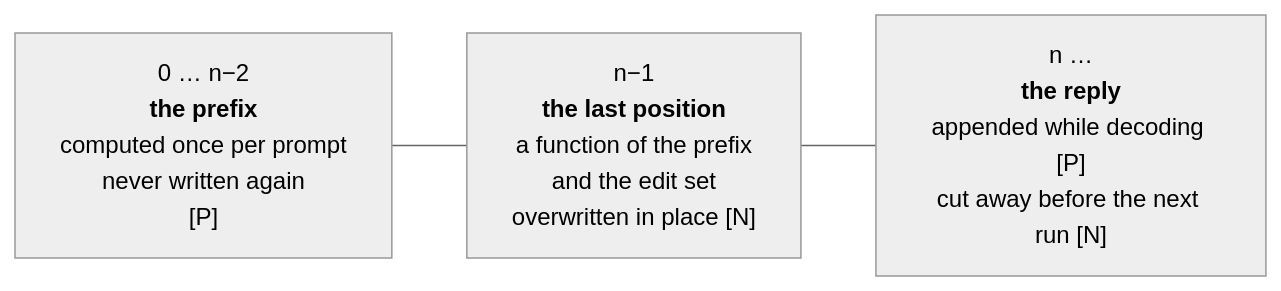
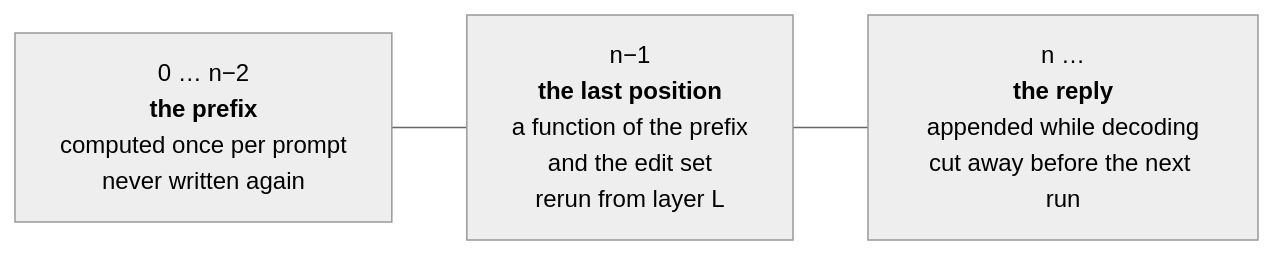
Before and after one commit to plainsight-systems/frizzle: the second of 4 diagrams in docs/architecture/logical-overview.md, drawn with Mermaid (neutral theme). The commit also changed other lines of this file, not shown here.

````diff
--- a/docs/architecture/logical-overview.md
+++ b/docs/architecture/logical-overview.md
@@ -70,7 +70,7 @@
 ```mermaid
 flowchart LR
-  P["0 … n−2<br/><b>the prefix</b><br/>computed once per prompt<br/>never written again<br/>[P]"]
-  L["n−1<br/><b>the last position</b><br/>a function of the prefix<br/>and the edit set<br/>overwritten in place [N]"]
-  G["n …<br/><b>the reply</b><br/>appended while decoding [P]<br/>cut away before the next run [N]"]
+  P["0 … n−2<br/><b>the prefix</b><br/>computed once per prompt<br/>never written again"]
+  L["n−1<br/><b>the last position</b><br/>a function of the prefix<br/>and the edit set<br/>rerun from layer L"]
+  G["n …<br/><b>the reply</b><br/>appended while decoding<br/>cut away before the next run"]
   P --- L --- G
 ```
````
